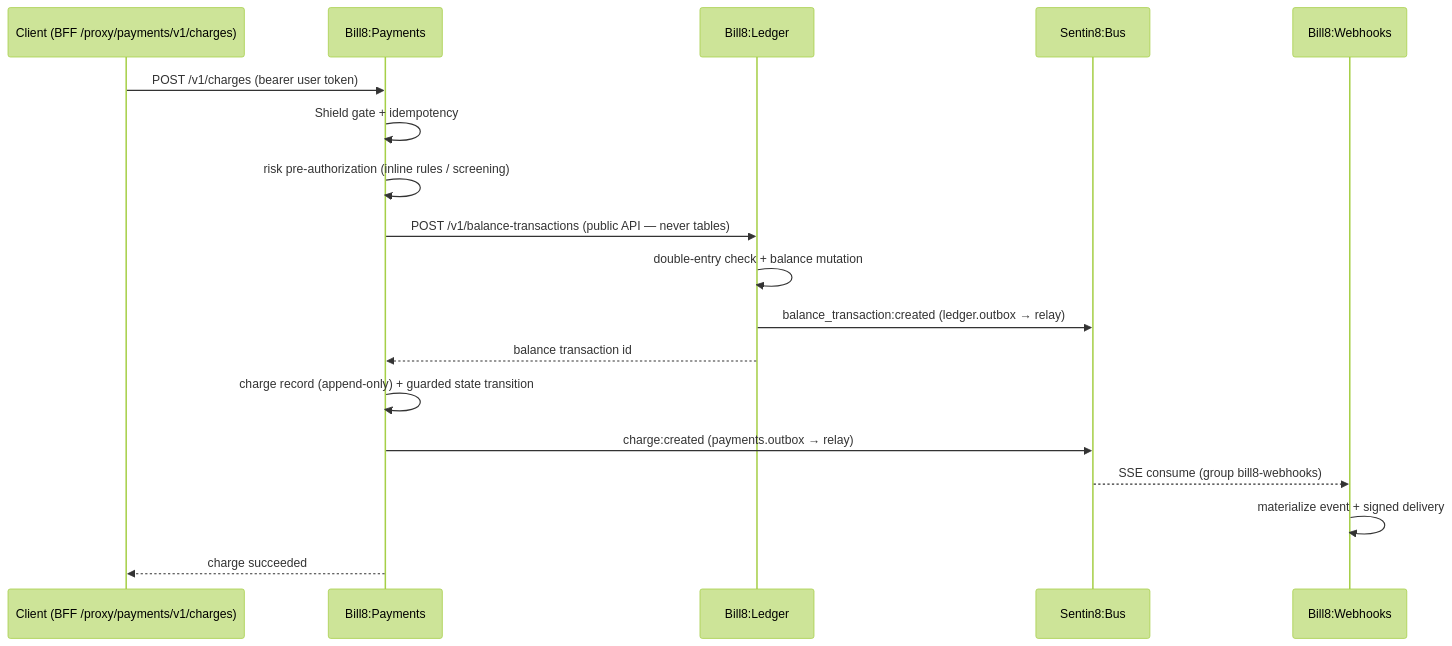
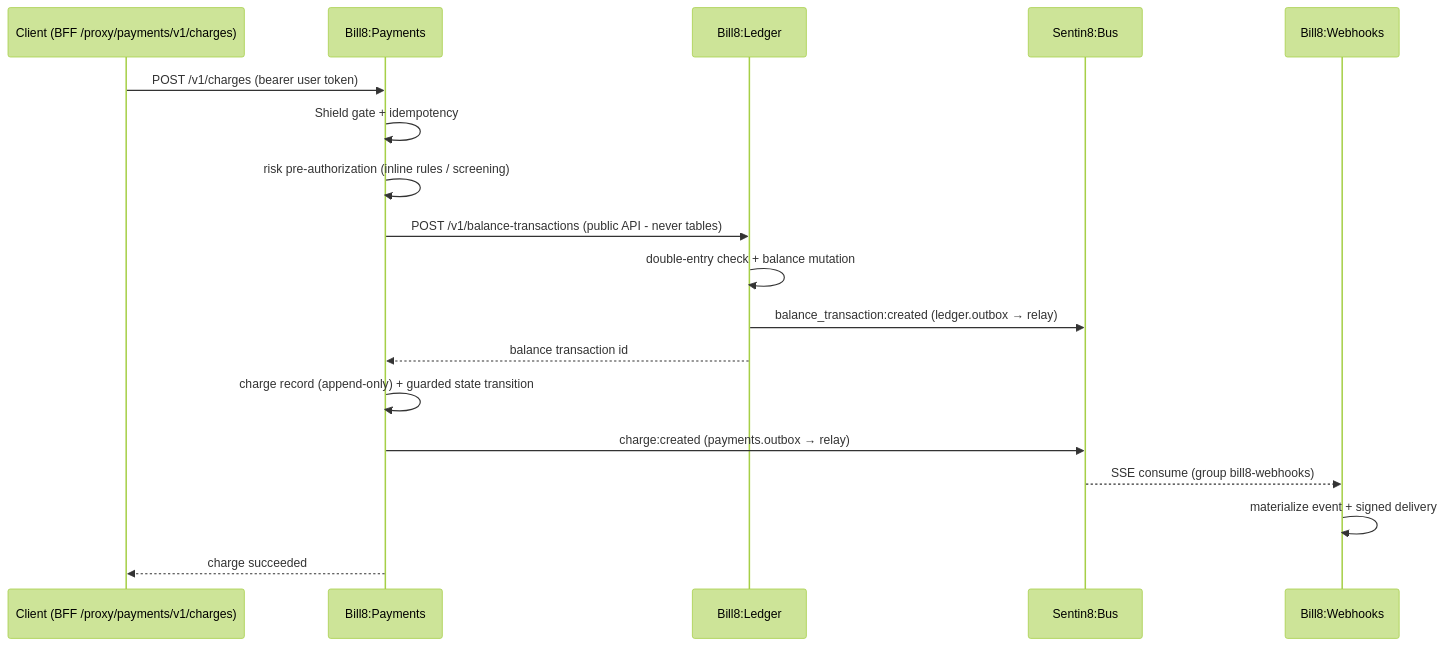
Before and after one commit to commerce8/bill8: the second of 9 diagrams in DESIGN.md, drawn with Mermaid (forest theme). The commit also changed other lines of this file and 6 other files, not shown here.

````diff
--- a/DESIGN.md
+++ b/DESIGN.md
@@ -59,20 +59,20 @@
 ```mermaid
 sequenceDiagram
     participant C as Client (BFF /proxy/payments/v1/charges)
     participant P as Bill8:Payments
     participant L as Bill8:Ledger
     participant B as Sentin8:Bus
     participant W as Bill8:Webhooks
     C->>P: POST /v1/charges (bearer user token)
     P->>P: Shield gate + idempotency
     P->>P: risk pre-authorization (inline rules / screening)
-    P->>L: POST /v1/balance-transactions (public API — never tables)
+    P->>L: POST /v1/balance-transactions (public API - never tables)
     L->>L: double-entry check + balance mutation
     L->>B: balance_transaction:created (ledger.outbox → relay)
     L-->>P: balance transaction id
     P->>P: charge record (append-only) + guarded state transition
     P->>B: charge:created (payments.outbox → relay)
     B-->>W: SSE consume (group bill8-webhooks)
     W->>W: materialize event + signed delivery
     P-->>C: charge succeeded
 ```
````
